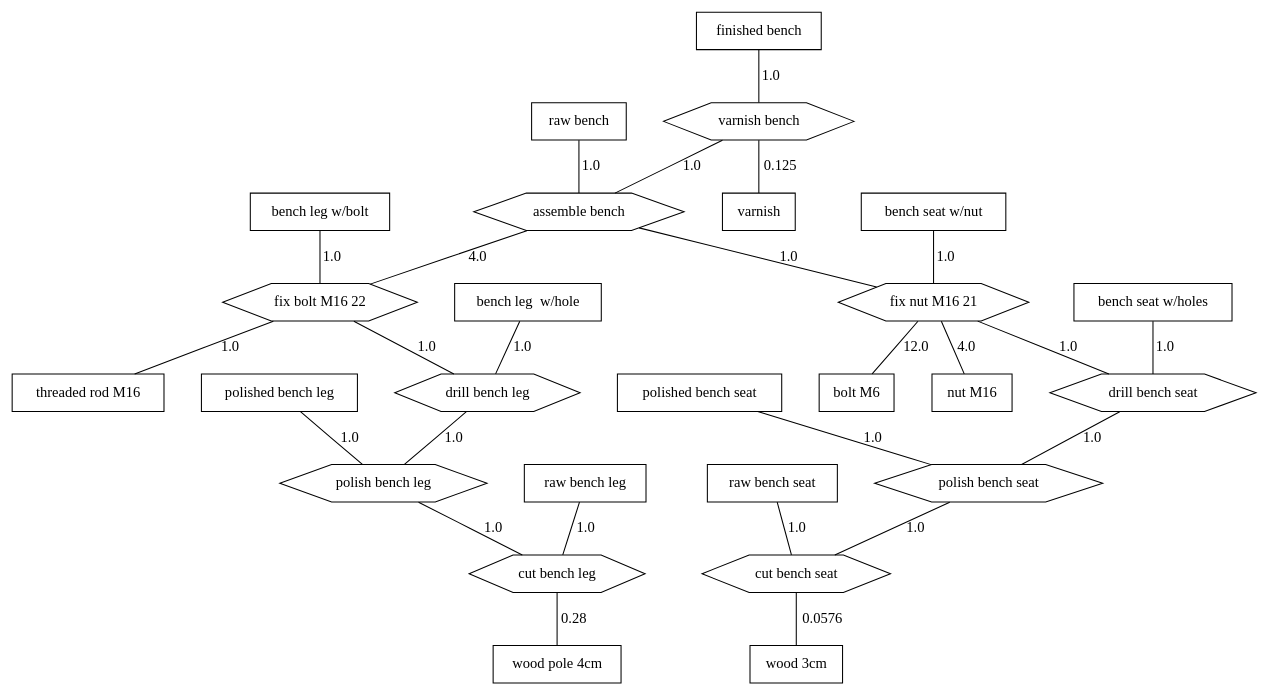
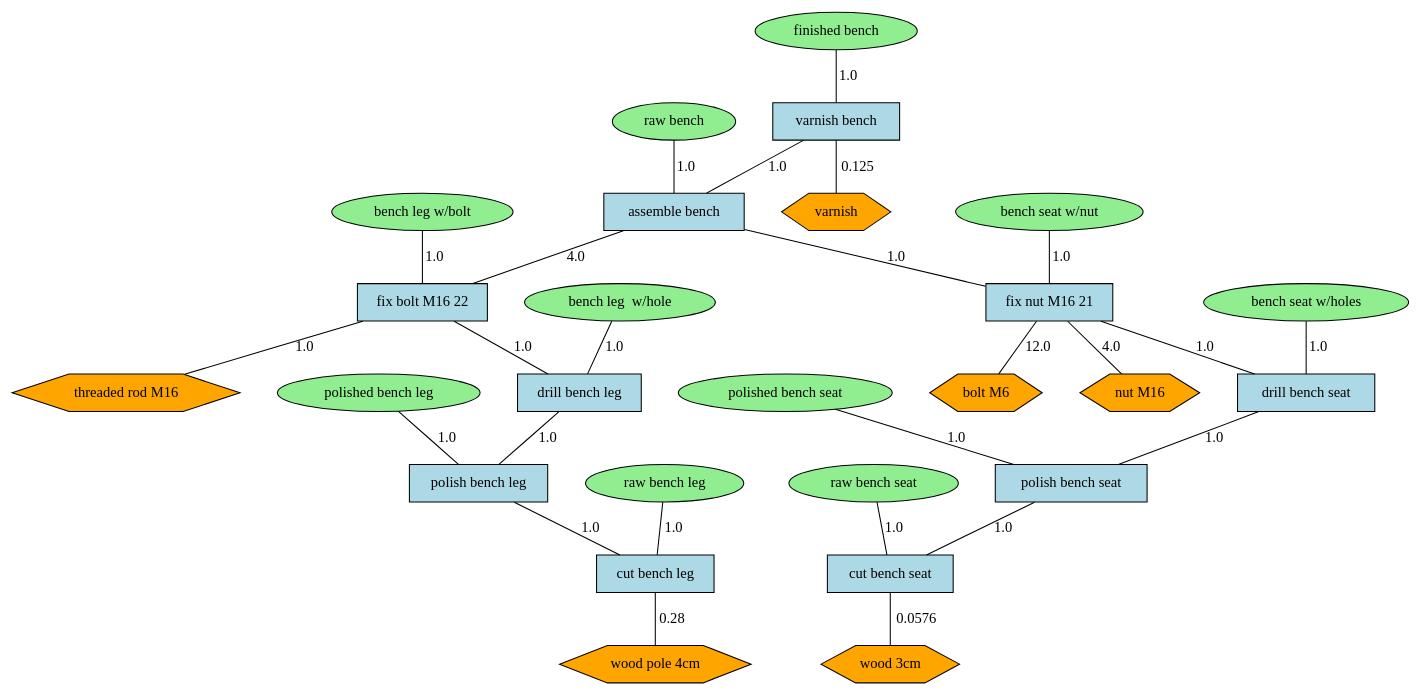
One commit to ricardomm7/buildflow changed the diagram in outFiles/production_tree.dot. Above: the diagram before and after it, drawn with Graphviz. The commit also changed 5 other files, not shown here.

```diff
--- a/outFiles/production_tree.dot
+++ b/outFiles/production_tree.dot
@@ -1,107 +1,107 @@
 graph G {
   splines=false;
   nodesep=0.5;
   ranksep=0.5;
-  "1001" [shape=box label="bench leg  w/hole"];
+  "1001" [shape=ellipse style=filled fillcolor=lightgreen label="bench leg  w/hole"];
   "1001" -- "14" [label="1.0"];
-  "14" [shape=hexagon label="drill bench leg"];
+  "14" [shape=rect style=filled fillcolor=lightblue label="drill bench leg"];
   "14" -- "18" [label="1.0"];
-  "18" [shape=hexagon label="polish bench leg"];
+  "18" [shape=rect style=filled fillcolor=lightblue label="polish bench leg"];
   "18" -- "12" [label="1.0"];
-  "12" [shape=hexagon label="cut bench leg"];
+  "12" [shape=rect style=filled fillcolor=lightblue label="cut bench leg"];
   "12" -- "1016" [label="0.28"];
-  "1016" [shape=box label="wood pole 4cm"];
-  "1002" [shape=box label="bench leg w/bolt"];
+  "1016" [shape=hexagon style=filled fillcolor=orange label="wood pole 4cm"];
+  "1002" [shape=ellipse style=filled fillcolor=lightgreen label="bench leg w/bolt"];
   "1002" -- "16" [label="1.0"];
-  "16" [shape=hexagon label="fix bolt M16 22"];
+  "16" [shape=rect style=filled fillcolor=lightblue label="fix bolt M16 22"];
   "16" -- "1013" [label="1.0"];
-  "1013" [shape=box label="threaded rod M16"];
+  "1013" [shape=hexagon style=filled fillcolor=orange label="threaded rod M16"];
   "16" -- "14" [label="1.0"];
-  "14" [shape=hexagon label="drill bench leg"];
-  "18" [shape=hexagon label="polish bench leg"];
-  "12" [shape=hexagon label="cut bench leg"];
-  "1016" [shape=box label="wood pole 4cm"];
-  "1003" [shape=box label="bench seat w/holes"];
+  "14" [shape=rect style=filled fillcolor=lightblue label="drill bench leg"];
+  "18" [shape=rect style=filled fillcolor=lightblue label="polish bench leg"];
+  "12" [shape=rect style=filled fillcolor=lightblue label="cut bench leg"];
+  "1016" [shape=hexagon style=filled fillcolor=orange label="wood pole 4cm"];
+  "1003" [shape=ellipse style=filled fillcolor=lightgreen label="bench seat w/holes"];
   "1003" -- "15" [label="1.0"];
-  "15" [shape=hexagon label="drill bench seat "];
+  "15" [shape=rect style=filled fillcolor=lightblue label="drill bench seat "];
   "15" -- "19" [label="1.0"];
-  "19" [shape=hexagon label="polish bench seat "];
+  "19" [shape=rect style=filled fillcolor=lightblue label="polish bench seat "];
   "19" -- "13" [label="1.0"];
-  "13" [shape=hexagon label="cut bench seat"];
+  "13" [shape=rect style=filled fillcolor=lightblue label="cut bench seat"];
   "13" -- "1015" [label="0.0576"];
-  "1015" [shape=box label="wood 3cm"];
-  "1004" [shape=box label="bench seat w/nut"];
+  "1015" [shape=hexagon style=filled fillcolor=orange label="wood 3cm"];
+  "1004" [shape=ellipse style=filled fillcolor=lightgreen label="bench seat w/nut"];
   "1004" -- "17" [label="1.0"];
-  "17" [shape=hexagon label="fix nut M16 21"];
+  "17" [shape=rect style=filled fillcolor=lightblue label="fix nut M16 21"];
   "17" -- "1005" [label="12.0"];
-  "1005" [shape=box label="bolt M6"];
+  "1005" [shape=hexagon style=filled fillcolor=orange label="bolt M6"];
   "17" -- "1007" [label="4.0"];
-  "1007" [shape=box label="nut M16"];
+  "1007" [shape=hexagon style=filled fillcolor=orange label="nut M16"];
   "17" -- "15" [label="1.0"];
-  "15" [shape=hexagon label="drill bench seat "];
-  "19" [shape=hexagon label="polish bench seat "];
-  "13" [shape=hexagon label="cut bench seat"];
-  "1015" [shape=box label="wood 3cm"];
-  "1005" [shape=box label="bolt M6"];
-  "1006" [shape=box label="finished bench"];
+  "15" [shape=rect style=filled fillcolor=lightblue label="drill bench seat "];
+  "19" [shape=rect style=filled fillcolor=lightblue label="polish bench seat "];
+  "13" [shape=rect style=filled fillcolor=lightblue label="cut bench seat"];
+  "1015" [shape=hexagon style=filled fillcolor=orange label="wood 3cm"];
+  "1005" [shape=hexagon style=filled fillcolor=orange label="bolt M6"];
+  "1006" [shape=ellipse style=filled fillcolor=lightgreen label="finished bench"];
   "1006" -- "20" [label="1.0"];
-  "20" [shape=hexagon label="varnish bench "];
+  "20" [shape=rect style=filled fillcolor=lightblue label="varnish bench "];
   "20" -- "11" [label="1.0"];
-  "11" [shape=hexagon label="assemble bench "];
+  "11" [shape=rect style=filled fillcolor=lightblue label="assemble bench "];
   "11" -- "16" [label="4.0"];
-  "16" [shape=hexagon label="fix bolt M16 22"];
-  "1013" [shape=box label="threaded rod M16"];
-  "14" [shape=hexagon label="drill bench leg"];
-  "18" [shape=hexagon label="polish bench leg"];
-  "12" [shape=hexagon label="cut bench leg"];
-  "1016" [shape=box label="wood pole 4cm"];
+  "16" [shape=rect style=filled fillcolor=lightblue label="fix bolt M16 22"];
+  "1013" [shape=hexagon style=filled fillcolor=orange label="threaded rod M16"];
+  "14" [shape=rect style=filled fillcolor=lightblue label="drill bench leg"];
+  "18" [shape=rect style=filled fillcolor=lightblue label="polish bench leg"];
+  "12" [shape=rect style=filled fillcolor=lightblue label="cut bench leg"];
+  "1016" [shape=hexagon style=filled fillcolor=orange label="wood pole 4cm"];
   "11" -- "17" [label="1.0"];
-  "17" [shape=hexagon label="fix nut M16 21"];
-  "1005" [shape=box label="bolt M6"];
-  "1007" [shape=box label="nut M16"];
-  "15" [shape=hexagon label="drill bench seat "];
-  "19" [shape=hexagon label="polish bench seat "];
-  "13" [shape=hexagon label="cut bench seat"];
-  "1015" [shape=box label="wood 3cm"];
+  "17" [shape=rect style=filled fillcolor=lightblue label="fix nut M16 21"];
+  "1005" [shape=hexagon style=filled fillcolor=orange label="bolt M6"];
+  "1007" [shape=hexagon style=filled fillcolor=orange label="nut M16"];
+  "15" [shape=rect style=filled fillcolor=lightblue label="drill bench seat "];
+  "19" [shape=rect style=filled fillcolor=lightblue label="polish bench seat "];
+  "13" [shape=rect style=filled fillcolor=lightblue label="cut bench seat"];
+  "1015" [shape=hexagon style=filled fillcolor=orange label="wood 3cm"];
   "20" -- "1014" [label="0.125"];
-  "1014" [shape=box label="varnish"];
-  "1007" [shape=box label="nut M16"];
-  "1008" [shape=box label="polished bench leg"];
+  "1014" [shape=hexagon style=filled fillcolor=orange label="varnish"];
+  "1007" [shape=hexagon style=filled fillcolor=orange label="nut M16"];
+  "1008" [shape=ellipse style=filled fillcolor=lightgreen label="polished bench leg"];
   "1008" -- "18" [label="1.0"];
-  "18" [shape=hexagon label="polish bench leg"];
-  "12" [shape=hexagon label="cut bench leg"];
-  "1016" [shape=box label="wood pole 4cm"];
-  "1009" [shape=box label="polished bench seat"];
+  "18" [shape=rect style=filled fillcolor=lightblue label="polish bench leg"];
+  "12" [shape=rect style=filled fillcolor=lightblue label="cut bench leg"];
+  "1016" [shape=hexagon style=filled fillcolor=orange label="wood pole 4cm"];
+  "1009" [shape=ellipse style=filled fillcolor=lightgreen label="polished bench seat"];
   "1009" -- "19" [label="1.0"];
-  "19" [shape=hexagon label="polish bench seat "];
-  "13" [shape=hexagon label="cut bench seat"];
-  "1015" [shape=box label="wood 3cm"];
-  "1010" [shape=box label="raw bench"];
+  "19" [shape=rect style=filled fillcolor=lightblue label="polish bench seat "];
+  "13" [shape=rect style=filled fillcolor=lightblue label="cut bench seat"];
+  "1015" [shape=hexagon style=filled fillcolor=orange label="wood 3cm"];
+  "1010" [shape=ellipse style=filled fillcolor=lightgreen label="raw bench"];
   "1010" -- "11" [label="1.0"];
-  "11" [shape=hexagon label="assemble bench "];
-  "16" [shape=hexagon label="fix bolt M16 22"];
-  "1013" [shape=box label="threaded rod M16"];
-  "14" [shape=hexagon label="drill bench leg"];
-  "18" [shape=hexagon label="polish bench leg"];
-  "12" [shape=hexagon label="cut bench leg"];
-  "1016" [shape=box label="wood pole 4cm"];
-  "17" [shape=hexagon label="fix nut M16 21"];
-  "1005" [shape=box label="bolt M6"];
-  "1007" [shape=box label="nut M16"];
-  "15" [shape=hexagon label="drill bench seat "];
-  "19" [shape=hexagon label="polish bench seat "];
-  "13" [shape=hexagon label="cut bench seat"];
-  "1015" [shape=box label="wood 3cm"];
-  "1011" [shape=box label="raw bench leg"];
+  "11" [shape=rect style=filled fillcolor=lightblue label="assemble bench "];
+  "16" [shape=rect style=filled fillcolor=lightblue label="fix bolt M16 22"];
+  "1013" [shape=hexagon style=filled fillcolor=orange label="threaded rod M16"];
+  "14" [shape=rect style=filled fillcolor=lightblue label="drill bench leg"];
+  "18" [shape=rect style=filled fillcolor=lightblue label="polish bench leg"];
+  "12" [shape=rect style=filled fillcolor=lightblue label="cut bench leg"];
+  "1016" [shape=hexagon style=filled fillcolor=orange label="wood pole 4cm"];
+  "17" [shape=rect style=filled fillcolor=lightblue label="fix nut M16 21"];
+  "1005" [shape=hexagon style=filled fillcolor=orange label="bolt M6"];
+  "1007" [shape=hexagon style=filled fillcolor=orange label="nut M16"];
+  "15" [shape=rect style=filled fillcolor=lightblue label="drill bench seat "];
+  "19" [shape=rect style=filled fillcolor=lightblue label="polish bench seat "];
+  "13" [shape=rect style=filled fillcolor=lightblue label="cut bench seat"];
+  "1015" [shape=hexagon style=filled fillcolor=orange label="wood 3cm"];
+  "1011" [shape=ellipse style=filled fillcolor=lightgreen label="raw bench leg"];
   "1011" -- "12" [label="1.0"];
-  "12" [shape=hexagon label="cut bench leg"];
-  "1016" [shape=box label="wood pole 4cm"];
-  "1012" [shape=box label="raw bench seat"];
+  "12" [shape=rect style=filled fillcolor=lightblue label="cut bench leg"];
+  "1016" [shape=hexagon style=filled fillcolor=orange label="wood pole 4cm"];
+  "1012" [shape=ellipse style=filled fillcolor=lightgreen label="raw bench seat"];
   "1012" -- "13" [label="1.0"];
-  "13" [shape=hexagon label="cut bench seat"];
-  "1015" [shape=box label="wood 3cm"];
-  "1013" [shape=box label="threaded rod M16"];
-  "1014" [shape=box label="varnish"];
-  "1015" [shape=box label="wood 3cm"];
-  "1016" [shape=box label="wood pole 4cm"];
+  "13" [shape=rect style=filled fillcolor=lightblue label="cut bench seat"];
+  "1015" [shape=hexagon style=filled fillcolor=orange label="wood 3cm"];
+  "1013" [shape=hexagon style=filled fillcolor=orange label="threaded rod M16"];
+  "1014" [shape=hexagon style=filled fillcolor=orange label="varnish"];
+  "1015" [shape=hexagon style=filled fillcolor=orange label="wood 3cm"];
+  "1016" [shape=hexagon style=filled fillcolor=orange label="wood pole 4cm"];
 }
```
